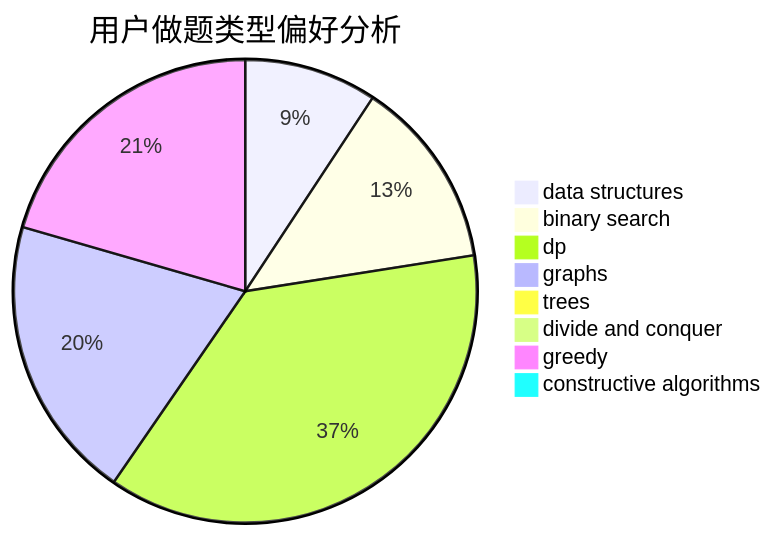
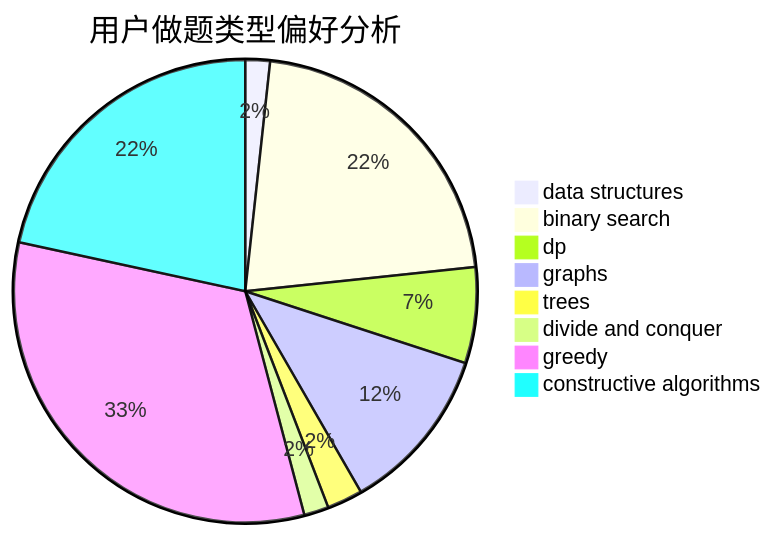
The second of 3 diagrams in docs/user/u368.md (sherpahu/cfrs.github.io), drawn with Mermaid before and after one commit. The commit also changed other lines of this file and 2770 other files, not shown here.

````diff
--- a/docs/user/u368.md
+++ b/docs/user/u368.md
@@ -23,11 +23,11 @@
 ```mermaid
 pie title 用户做题类型偏好分析
-    "data structures" :  14
-    "binary search" :  20
-    "dp" :  56
-    "graphs" :  30
-    "trees" :  0
-    "divide and conquer" :  0
-    "greedy" :  31
-    "constructive algorithms" :  0
+    "data structures" :  9
+    "binary search" :  113
+    "dp" :  35
+    "graphs" :  61
+    "trees" :  13
+    "divide and conquer" :  9
+    "greedy" :  170
+    "constructive algorithms" :  113
 ```
````
